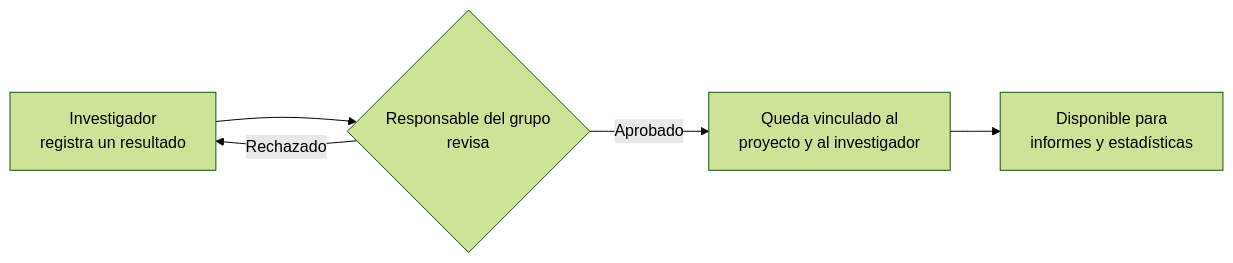
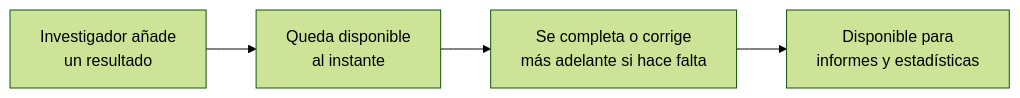
The diagram in docs/01-getting-started/01-introduction.md (sciencemanager/docs), drawn with Mermaid (forest theme) before and after one commit. The commit also changed other lines of this file and 1 other file, not shown here.

````diff
--- a/docs/01-getting-started/01-introduction.md
+++ b/docs/01-getting-started/01-introduction.md
@@ -27,7 +27,6 @@
 ```mermaid
 flowchart LR
-    A[Investigador<br/>registra un resultado] --> B{Responsable del grupo<br/>revisa}
-    B -- Aprobado --> C[Queda vinculado al<br/>proyecto y al investigador]
-    B -- Rechazado --> A
+    A[Investigador añade<br/>un resultado] --> B[Queda disponible<br/>al instante]
+    B --> C[Se completa o corrige<br/>más adelante si hace falta]
     C --> D[Disponible para<br/>informes y estadísticas]
 ```
````
